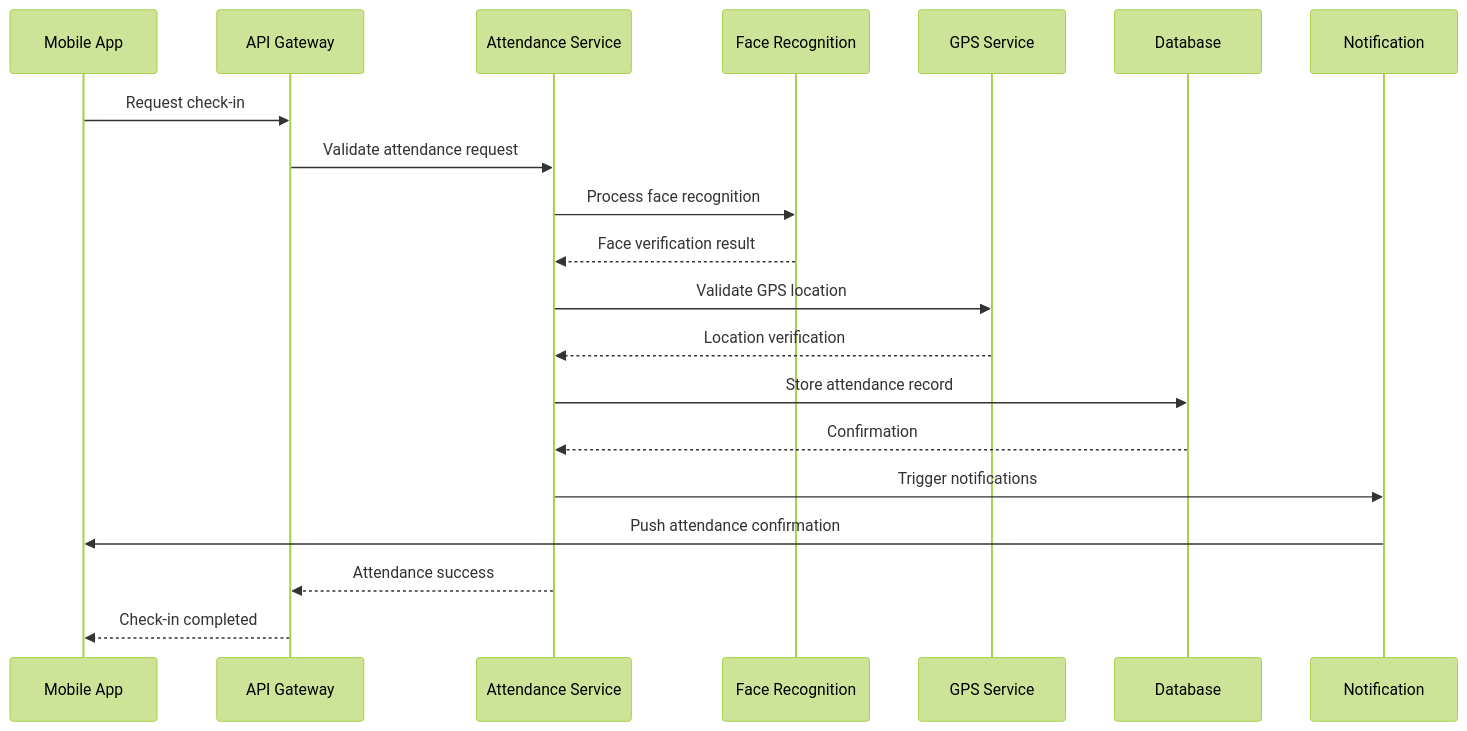
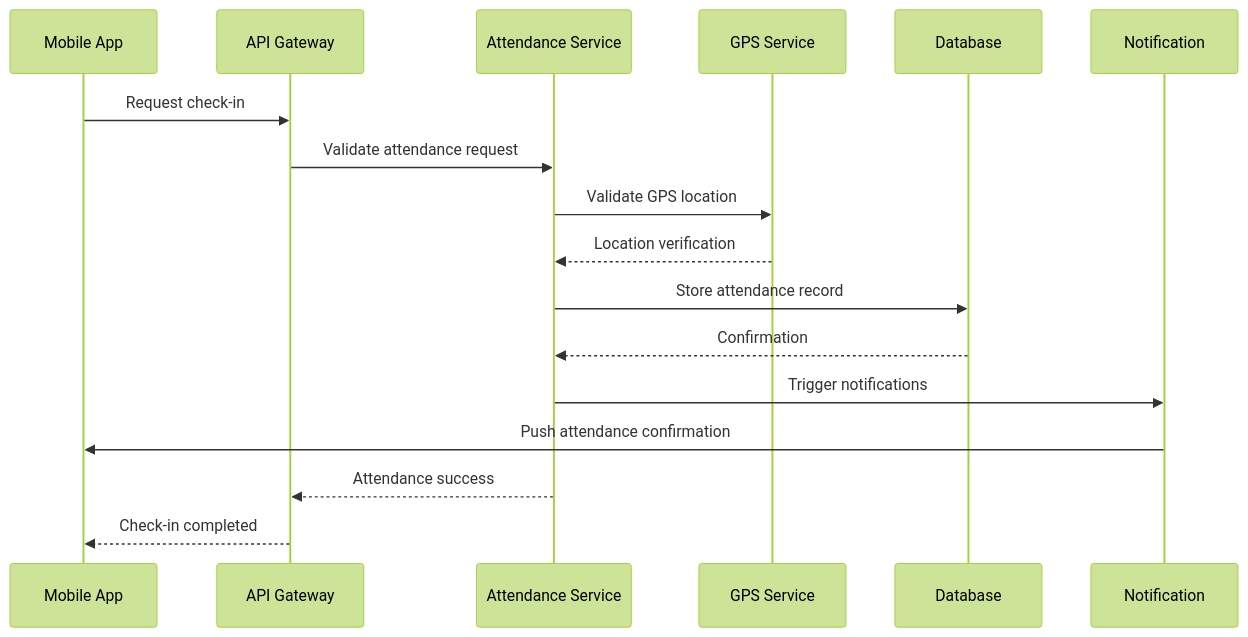
One commit to rianV2/aturix-hr-eng-spec changed the first of 2 diagrams in README.md. Above: the diagram before and after it, drawn with Mermaid (forest theme). The commit also changed other lines of this file and 4 other files, not shown here.

````diff
--- a/README.md
+++ b/README.md
@@ -279,23 +128,20 @@
 ```mermaid
 sequenceDiagram
     participant M as Mobile App
     participant A as API Gateway
     participant AS as Attendance Service
-    participant F as Face Recognition
     participant G as GPS Service
     participant D as Database
     participant N as Notification
-    
+
     M->>A: Request check-in
     A->>AS: Validate attendance request
-    AS->>F: Process face recognition
-    F-->>AS: Face verification result
     AS->>G: Validate GPS location
     G-->>AS: Location verification
     AS->>D: Store attendance record
     D-->>AS: Confirmation
     AS->>N: Trigger notifications
     N->>M: Push attendance confirmation
     AS-->>A: Attendance success
     A-->>M: Check-in completed
 ```
````
